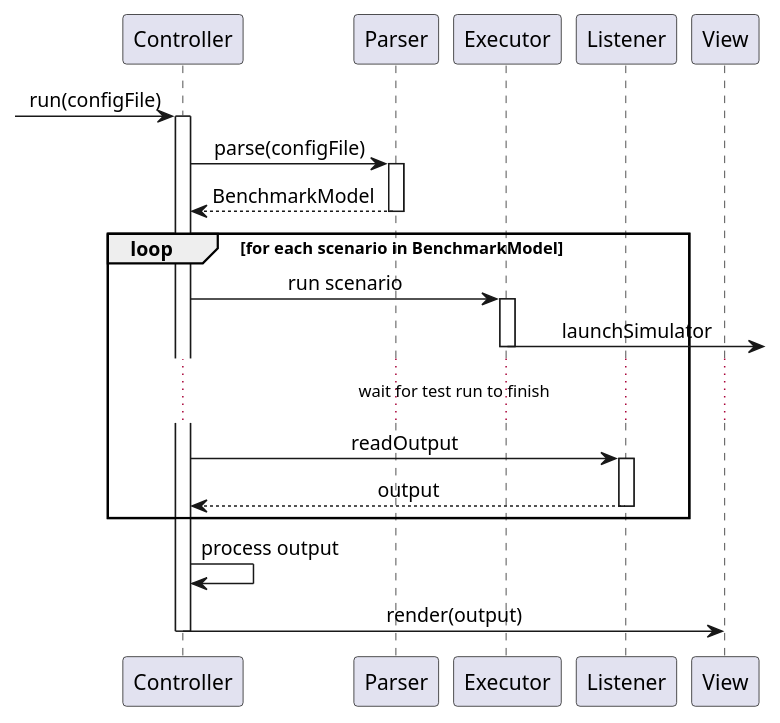
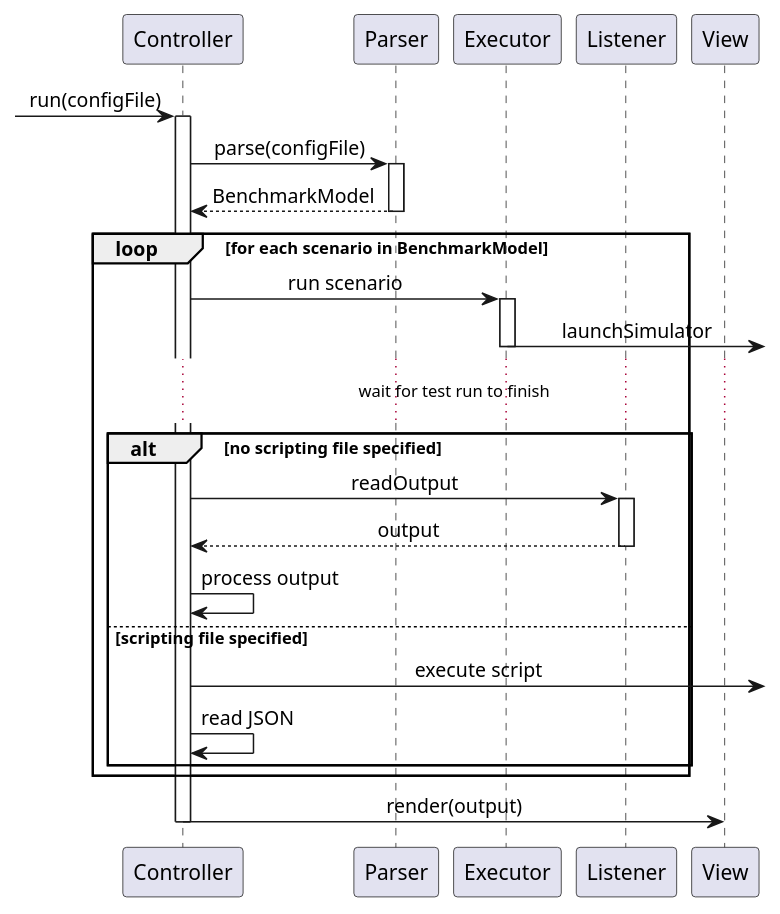
The diagram in src/main/resources/PlantUML/execution-detailed.puml (PaoloPenazzi/testbed), drawn with PlantUML before and after one commit. The commit also changed 4 other files, not shown here.

```diff
--- a/src/main/resources/PlantUML/execution-detailed.puml
+++ b/src/main/resources/PlantUML/execution-detailed.puml
@@ -1,34 +1,37 @@
 @startuml
 skinparam sequenceMessageAlign center
 
-
-
  -> Controller : run(configFile)
 activate Controller
-
 
 Controller -> Parser : parse(configFile)
 activate Parser
 return BenchmarkModel
 
 loop for each scenario in BenchmarkModel
 
 Controller -> Executor : run scenario
 activate Executor
 Executor -> : launchSimulator
 deactivate Executor
 
 ...wait for test run to finish...
 
+alt no scripting file specified
+
 Controller -> Listener : readOutput
 activate Listener
 return output
+Controller -> Controller : process output
+
+else scripting file specified
+Controller -> : execute script
+Controller -> Controller : read JSON
 
 end
-Controller -> Controller : process output
+end
+
 Controller -> View : render(output)
 
 deactivate Controller
-
-
 @enduml
```
